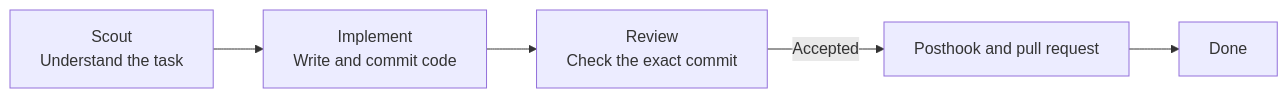
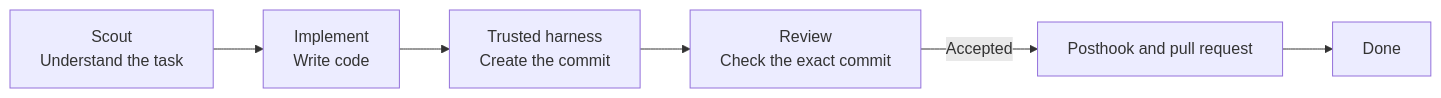
One commit to devos-ing/Roc changed the second of 2 diagrams in README.md. Above: the diagram before and after it, drawn with Mermaid. The commit also changed other lines of this file and 42 other files, not shown here.

````diff
--- a/README.md
+++ b/README.md
@@ -118,7 +377,8 @@
 ```mermaid
 flowchart LR
-    S["Scout<br/>Understand the task"] --> I["Implement<br/>Write and commit code"]
-    I --> R["Review<br/>Check the exact commit"]
+    S["Scout<br/>Understand the task"] --> I["Implement<br/>Write code"]
+    I --> C["Trusted harness<br/>Create the commit"]
+    C --> R["Review<br/>Check the exact commit"]
     R -->|Accepted| P["Posthook and pull request"]
     P --> D["Done"]
 ```
````
